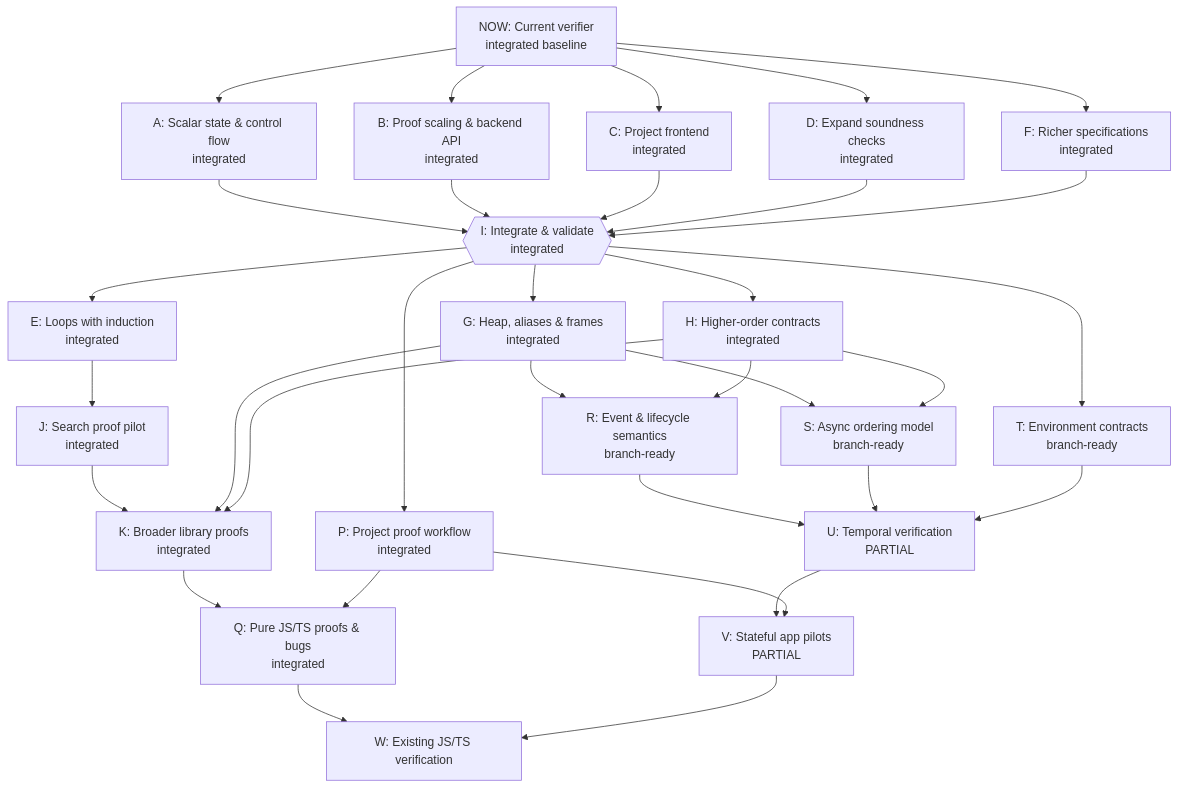
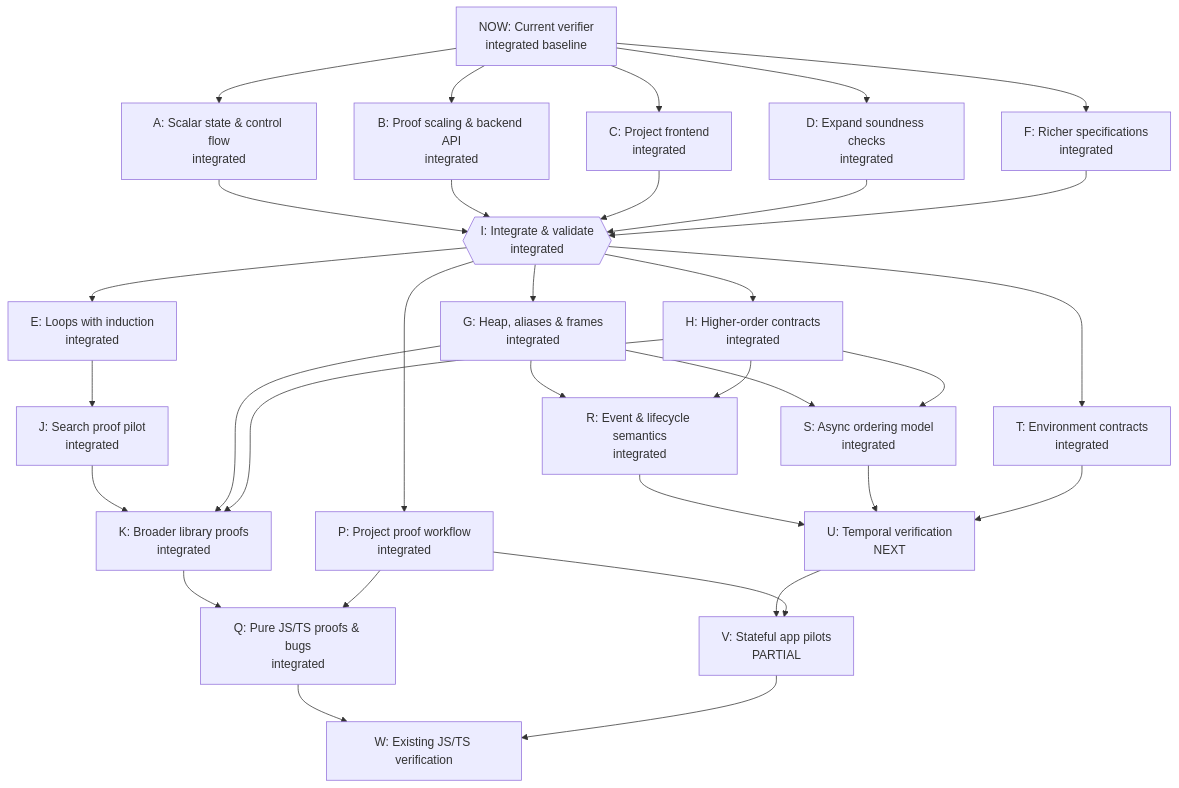
One commit to rickono/verified-list-ui changed the diagram in docs/verification-roadmap.md. Above: the diagram before and after it, drawn with Mermaid. The commit also changed other lines of this file and 5 other files, not shown here.

````diff
--- a/docs/verification-roadmap.md
+++ b/docs/verification-roadmap.md
@@ -7,55 +7,55 @@
 ```mermaid
 flowchart TD
   NOW["NOW: Current verifier<br/>integrated baseline"]
   A["A: Scalar state &amp; control flow<br/>integrated"]
   B["B: Proof scaling &amp; backend API<br/>integrated"]
   C["C: Project frontend<br/>integrated"]
   D["D: Expand soundness checks<br/>integrated"]
   F["F: Richer specifications<br/>integrated"]
   I{{"I: Integrate &amp; validate<br/>integrated"}}
   E["E: Loops with induction<br/>integrated"]
   G["G: Heap, aliases &amp; frames<br/>integrated"]
   H["H: Higher-order contracts<br/>integrated"]
   J["J: Search proof pilot<br/>integrated"]
   K["K: Broader library proofs<br/>integrated"]
   P["P: Project proof workflow<br/>integrated"]
   Q["Q: Pure JS/TS proofs &amp; bugs<br/>integrated"]
-  R["R: Event &amp; lifecycle semantics<br/>branch-ready"]
-  S["S: Async ordering model<br/>branch-ready"]
-  T["T: Environment contracts<br/>branch-ready"]
-  U["U: Temporal verification<br/>PARTIAL"]
+  R["R: Event &amp; lifecycle semantics<br/>integrated"]
+  S["S: Async ordering model<br/>integrated"]
+  T["T: Environment contracts<br/>integrated"]
+  U["U: Temporal verification<br/>NEXT"]
   V["V: Stateful app pilots<br/>PARTIAL"]
   W["W: Existing JS/TS verification"]
   NOW --> A
   NOW --> B
   NOW --> C
   NOW --> D
   NOW --> F
   A --> I
   B --> I
   C --> I
   D --> I
   F --> I
   I --> E
   I --> G
   I --> H
   E --> J
   J --> K
   G --> K
   H --> K
   I --> P
   K --> Q
   P --> Q
   G --> R
   H --> R
   G --> S
   H --> S
   I --> T
   R --> U
   S --> U
   T --> U
   U --> V
   P --> V
   Q --> W
   V --> W
 ```
````
